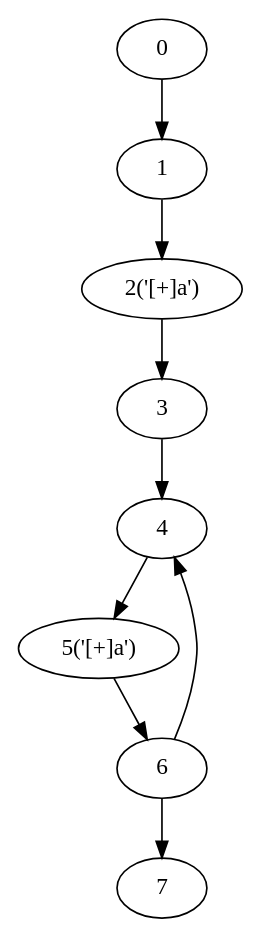
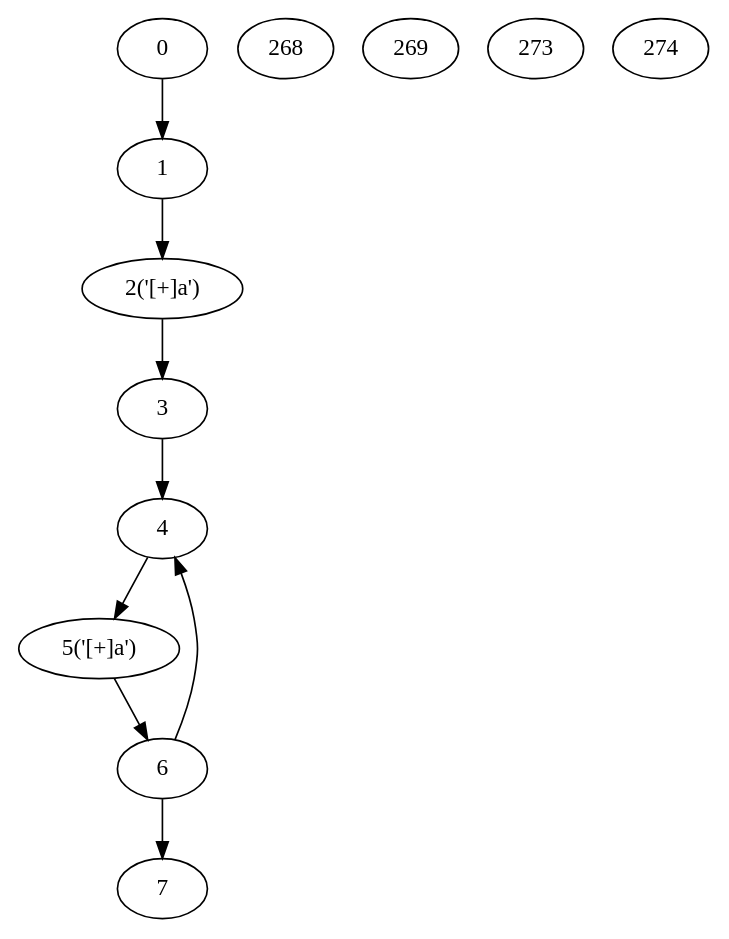
One commit to yyl-20020115/NRegEx changed the diagram in NRegex.Test/Graphs/TestMethod14.dot. Above: the diagram before and after it, drawn with Graphviz. The commit also changed 10 other files, not shown here.

Commit message:
graph fixed

```diff
--- a/NRegex.Test/Graphs/TestMethod14.dot
+++ b/NRegex.Test/Graphs/TestMethod14.dot
@@ -1,18 +1,22 @@
 digraph g {
 	0 ;
 	1 ;
 	2 [label="2('[+]a')"];
 	3 ;
 	4 ;
 	5 [label="5('[+]a')"];
 	6 ;
 	7 ;
+	268 ;
+	269 ;
+	273 ;
+	274 ;
 	0->1;
 	1->2;
 	2->3;
 	3->4;
 	6->4;
 	4->5;
 	5->6;
 	6->7;
 }
```
